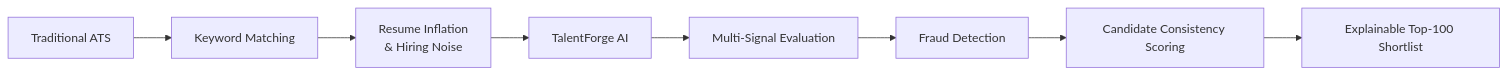
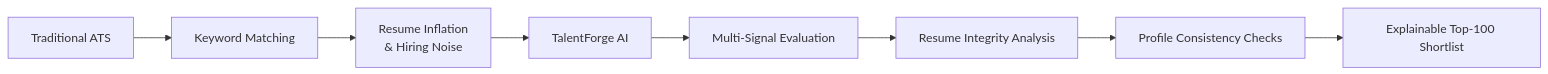
The first of 2 diagrams in README.md (Anub-356/TalentForge-AI), drawn with Mermaid before and after one commit. The commit also changed other lines of this file, not shown here.

Commit message:
docs: align terminology with conservative heuristic checks and add prominent Project Scope box

````diff
--- a/README.md
+++ b/README.md
@@ -24,10 +30,10 @@
 ```mermaid
 flowchart LR
     ATS["Traditional ATS"] --> KW["Keyword Matching"]
     KW --> Noise["Resume Inflation<br/>& Hiring Noise"]
     Noise --> Pipeline["TalentForge AI"]
     Pipeline --> Eval["Multi-Signal Evaluation"]
-    Eval --> Fraud["Fraud Detection"]
-    Fraud --> Trust["Candidate Consistency Scoring"]
+    Eval --> Fraud["Resume Integrity Analysis"]
+    Fraud --> Trust["Profile Consistency Checks"]
     Trust --> Shortlist["Explainable Top-100 Shortlist"]
 ```
````
